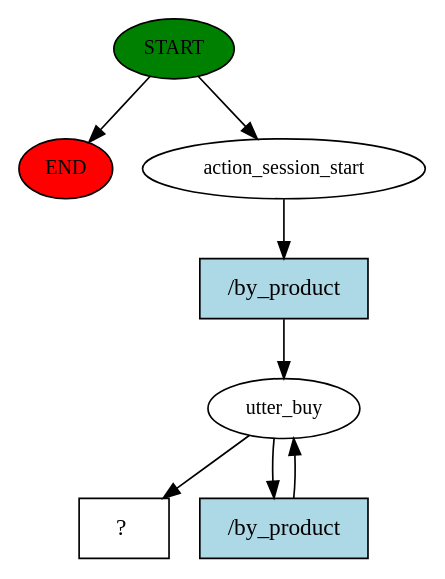
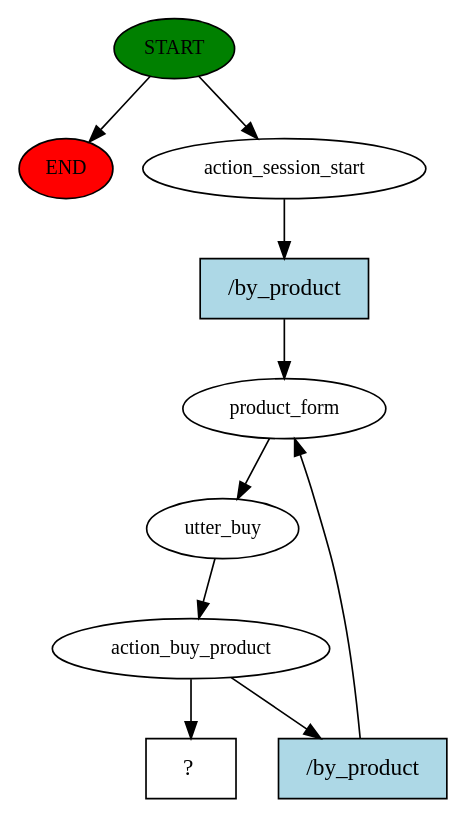
Before and after one commit to Josphatkips/blank-rasa: the diagram in story_graph.dot, drawn with Graphviz. The commit also changed 8 other files, not shown here.

```diff
--- a/story_graph.dot
+++ b/story_graph.dot
@@ -1,16 +1,20 @@
 digraph  {
 0 [class="start active", fillcolor=green, fontsize=12, label=START, style=filled];
 "-1" [class=end, fillcolor=red, fontsize=12, label=END, style=filled];
 1 [class=active, fontsize=12, label=action_session_start];
-2 [class=active, fontsize=12, label=utter_buy];
-4 [class="intent dashed active", label="  ?  ", shape=rect];
-5 [class="intent active", fillcolor=lightblue, label="/by_product", shape=rect, style=filled];
-6 [class="intent active", fillcolor=lightblue, label="/by_product", shape=rect, style=filled];
+2 [class=active, fontsize=12, label=product_form];
+3 [class=active, fontsize=12, label=utter_buy];
+4 [class=active, fontsize=12, label=action_buy_product];
+14 [class="intent dashed active", label="  ?  ", shape=rect];
+15 [class="intent active", fillcolor=lightblue, label="/by_product", shape=rect, style=filled];
+16 [class="intent active", fillcolor=lightblue, label="/by_product", shape=rect, style=filled];
 0 -> "-1"  [class="", key=NONE, label=""];
 0 -> 1  [class=active, key=NONE, label=""];
-1 -> 5  [class=active, key=0];
-2 -> 4  [class=active, key=NONE, label=""];
-2 -> 6  [class=active, key=0];
-5 -> 2  [class=active, key=0];
-6 -> 2  [class=active, key=0];
+1 -> 15  [class=active, key=0];
+2 -> 3  [class=active, key=NONE, label=""];
+3 -> 4  [class=active, key=NONE, label=""];
+4 -> 14  [class=active, key=NONE, label=""];
+4 -> 16  [class=active, key=0];
+15 -> 2  [class=active, key=0];
+16 -> 2  [class=active, key=0];
 }
```
